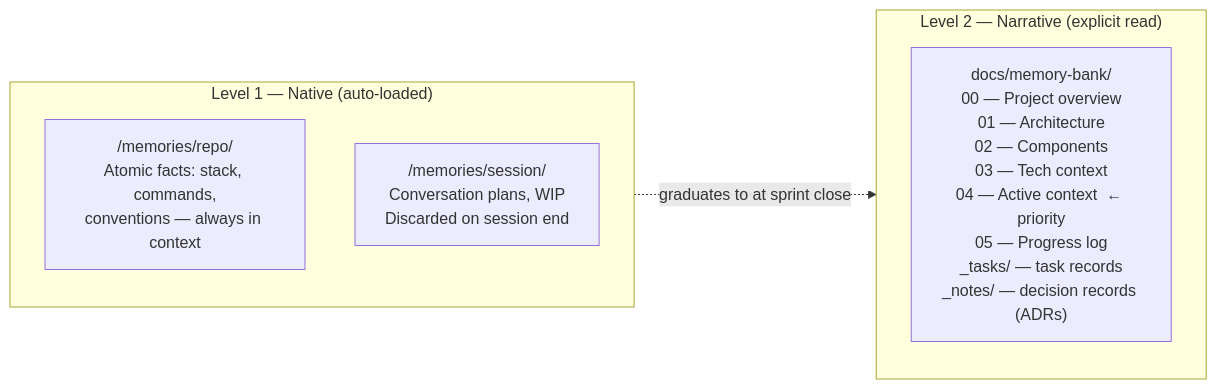
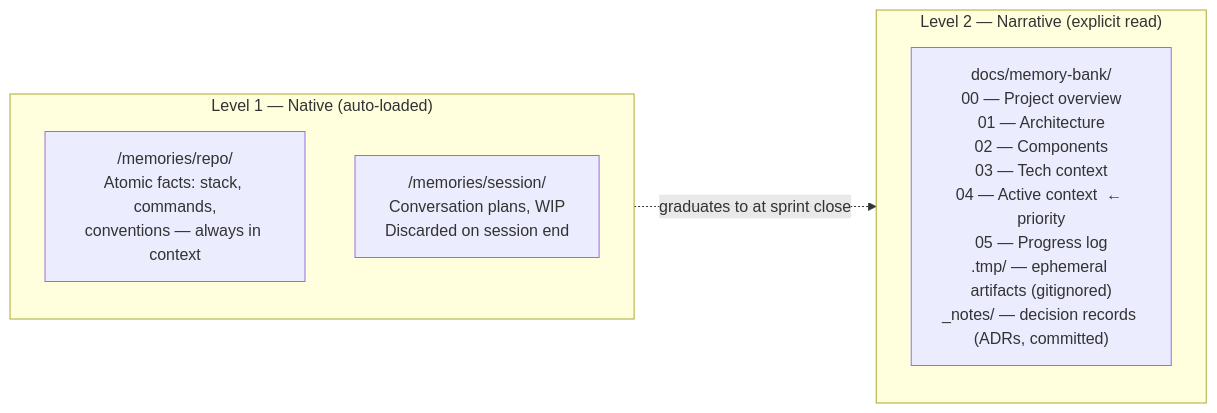
One commit to ils15/pantheon changed the second of 2 diagrams in README.md. Above: the diagram before and after it, drawn with Mermaid. The commit also changed other lines of this file and 11 other files, not shown here.

````diff
--- a/README.md
+++ b/README.md
@@ -179,13 +212,13 @@
 ```mermaid
 flowchart LR
     subgraph L1["Level 1 — Native (auto-loaded)"]
         MR["/memories/repo/\nAtomic facts: stack, commands,\nconventions — always in context"]
         MS["/memories/session/\nConversation plans, WIP\nDiscarded on session end"]
     end
 
     subgraph L2["Level 2 — Narrative (explicit read)"]
-        MB["docs/memory-bank/\n00 — Project overview\n01 — Architecture\n02 — Components\n03 — Tech context\n04 — Active context  ← priority\n05 — Progress log\n_tasks/ — task records\n_notes/ — decision records (ADRs)"]
+        MB["docs/memory-bank/\n00 — Project overview\n01 — Architecture\n02 — Components\n03 — Tech context\n04 — Active context  ← priority\n05 — Progress log\n.tmp/ — ephemeral artifacts (gitignored)\n_notes/ — decision records (ADRs, committed)"]
     end
 
     L1 -. "graduates to at sprint close" .-> L2
 ```
````
